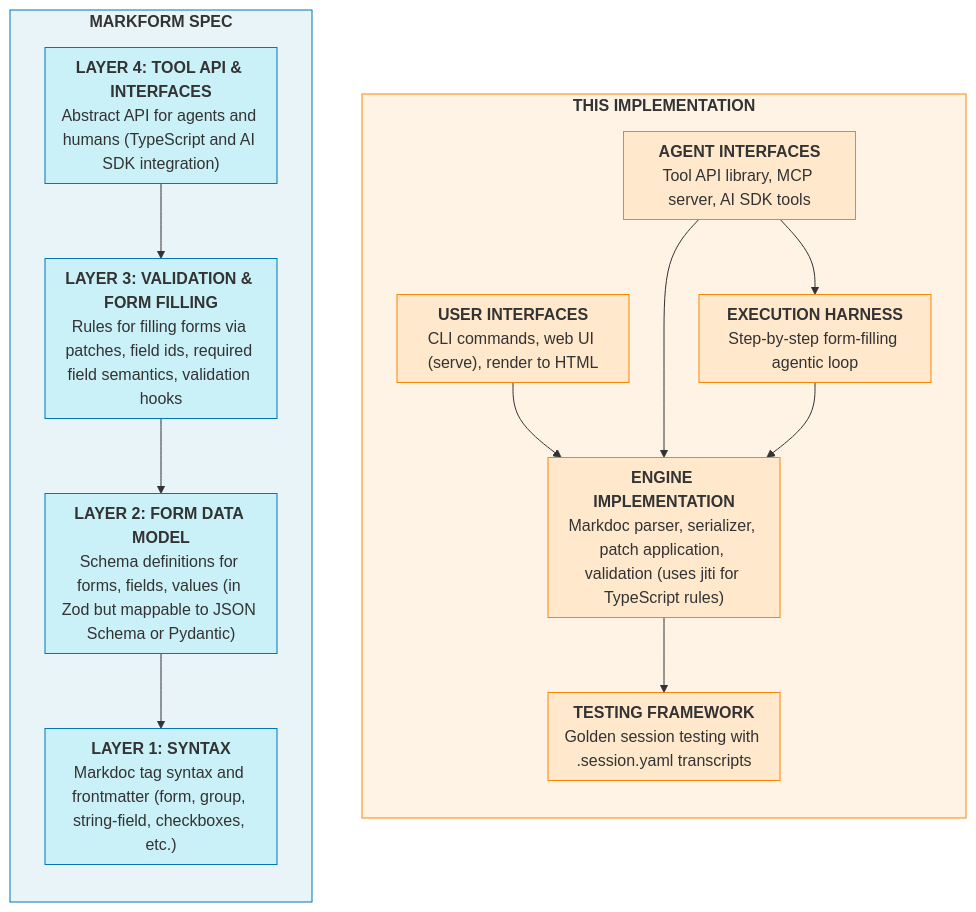
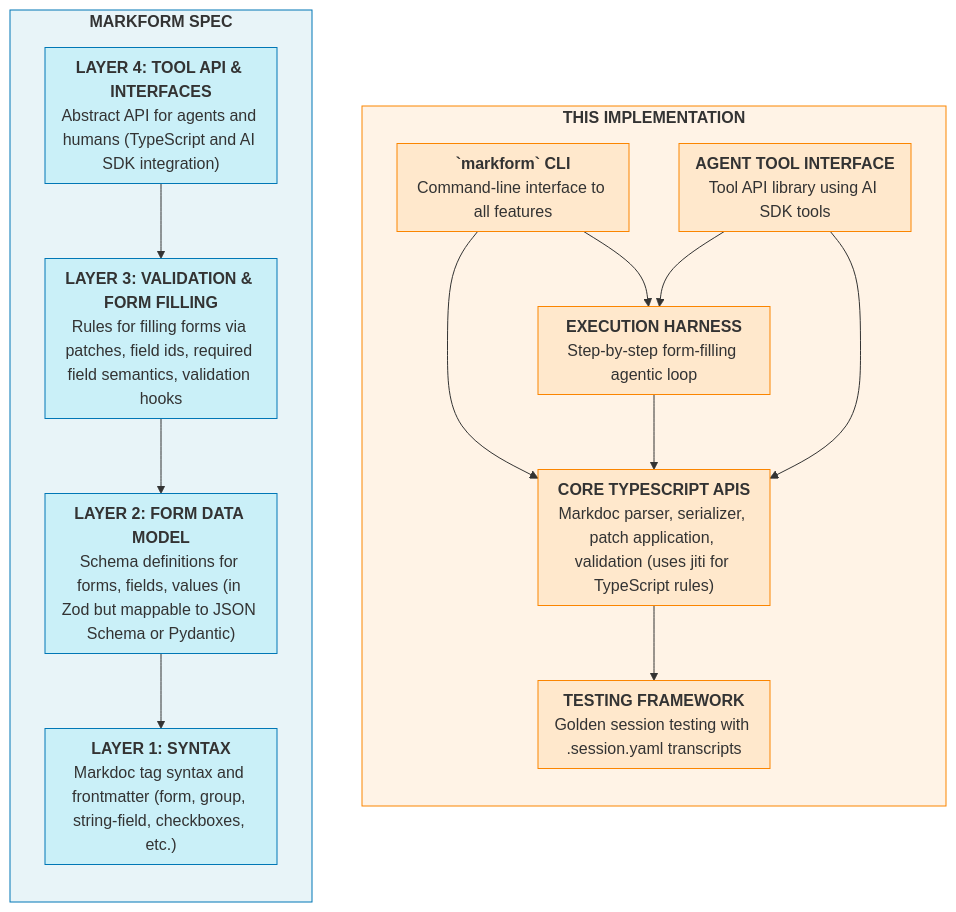
The diagram in README.md (jlevy/markform), drawn with Mermaid before and after one commit. The commit also changed other lines of this file, not shown here.

````diff
--- a/README.md
+++ b/README.md
@@ -339,61 +229,60 @@
 ```mermaid
 flowchart LR
     subgraph SPEC["<b>MARKFORM SPEC</b>"]
         direction TB
 
         subgraph L1["<b>LAYER 1: SYNTAX</b><br/>Markdoc tag syntax and frontmatter (form, group, string-field, checkboxes, etc.)"]
         end
 
         subgraph L2["<b>LAYER 2: FORM DATA MODEL</b><br/>Schema definitions for forms, fields, values (in Zod but mappable to JSON Schema or Pydantic)"]
         end
 
         subgraph L3["<b>LAYER 3: VALIDATION & FORM FILLING</b><br/>Rules for filling forms via patches, field ids, required field semantics, validation hooks"]
         end
 
         subgraph L4["<b>LAYER 4: TOOL API & INTERFACES</b><br/>Abstract API for agents and humans (TypeScript and AI SDK integration)"]
         end
 
-        L4 -->
-
-L3 --> L2 --> L1
+        L4 --> L3 --> L2 --> L1
     end
 
     subgraph IMPL["<b>THIS IMPLEMENTATION</b>"]
         direction TB
 
-        subgraph ENGINE["<b>ENGINE IMPLEMENTATION</b><br/>Markdoc parser, serializer, patch application, validation (uses jiti for TypeScript rules)"]
+        subgraph CLI["<b>`markform` CLI</b><br/>Command-line interface to all features"]
         end
 
-        subgraph UI["<b>USER INTERFACES</b><br/>CLI commands, web UI (serve), render to HTML"]
-        end
-
-        subgraph AGENT["<b>AGENT INTERFACES</b><br/>Tool API library, MCP server, AI SDK tools"]
+        subgraph AGENT["<b>AGENT TOOL INTERFACE</b><br/>Tool API library using AI SDK tools"]
         end
 
         subgraph HARNESS["<b>EXECUTION HARNESS</b><br/>Step-by-step form-filling agentic loop"]
         end
 
+        subgraph ENGINE["<b>CORE TYPESCRIPT APIS</b><br/>Markdoc parser, serializer, patch application, validation (uses jiti for TypeScript rules)"]
+        end
+
         subgraph TEST["<b>TESTING FRAMEWORK</b><br/>Golden session testing with .session.yaml transcripts"]
         end
 
-        UI --> ENGINE
+        CLI --> ENGINE
+        CLI --> HARNESS
         AGENT --> HARNESS
         AGENT --> ENGINE
         HARNESS --> ENGINE
         ENGINE --> TEST
     end
 
     SPEC ~~~ IMPL
 
     style SPEC fill:#e8f4f8,stroke:#0077b6
     style L1 fill:#caf0f8,stroke:#0077b6
     style L2 fill:#caf0f8,stroke:#0077b6
     style L3 fill:#caf0f8,stroke:#0077b6
     style L4 fill:#caf0f8,stroke:#0077b6
     style IMPL fill:#fff3e6,stroke:#fb8500
     style ENGINE fill:#ffe8cc,stroke:#fb8500
-    style UI fill:#ffe8cc,stroke:#fb8500
+    style CLI fill:#ffe8cc,stroke:#fb8500
     style AGENT fill:#ffe8cc,stroke:#fb8500
     style HARNESS fill:#ffe8cc,stroke:#fb8500
     style TEST fill:#ffe8cc,stroke:#fb8500
 ```
````
